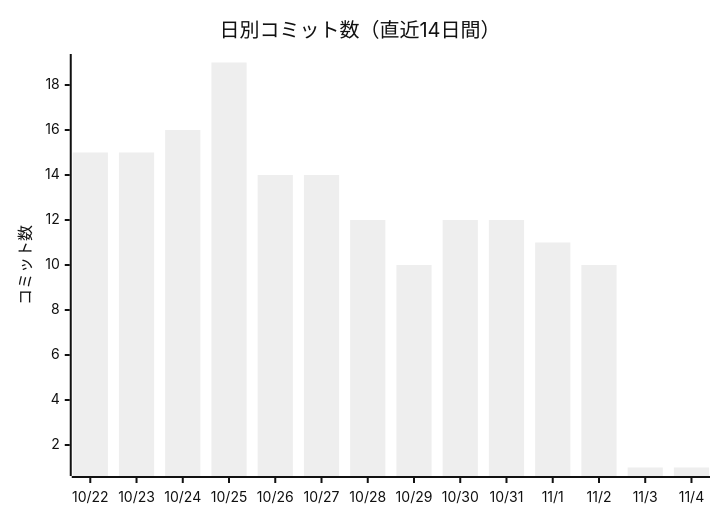
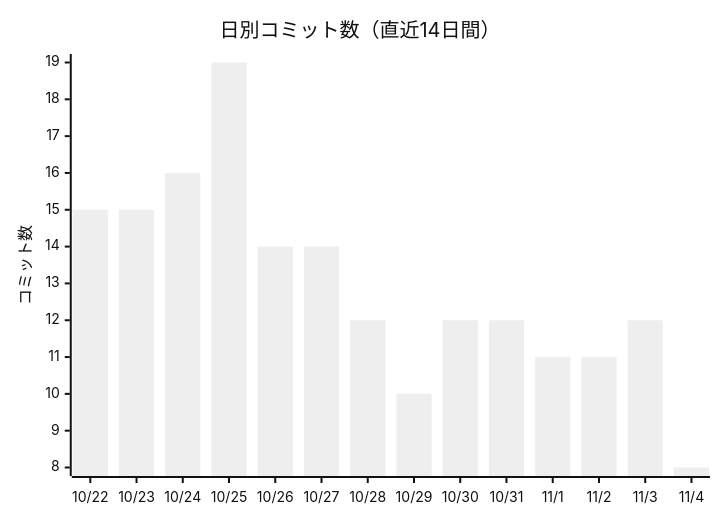
The first of 2 diagrams in docs/進化レポート.md (non-x2/non-x2), drawn with Mermaid (neutral theme) before and after one commit. The commit also changed other lines of this file and 2 other files, not shown here.

````diff
--- a/docs/進化レポート.md
+++ b/docs/進化レポート.md
@@ -23,7 +23,7 @@
 ```mermaid
 xychart-beta
     title "日別コミット数（直近14日間）"
     x-axis ["10/22", "10/23", "10/24", "10/25", "10/26", "10/27", "10/28", "10/29", "10/30", "10/31", "11/1", "11/2", "11/3", "11/4"]
     y-axis "コミット数"
-    bar [15, 15, 16, 19, 14, 14, 12, 10, 12, 12, 11, 10, 1, 1]
+    bar [15, 15, 16, 19, 14, 14, 12, 10, 12, 12, 11, 11, 12, 8]
 ```
````
